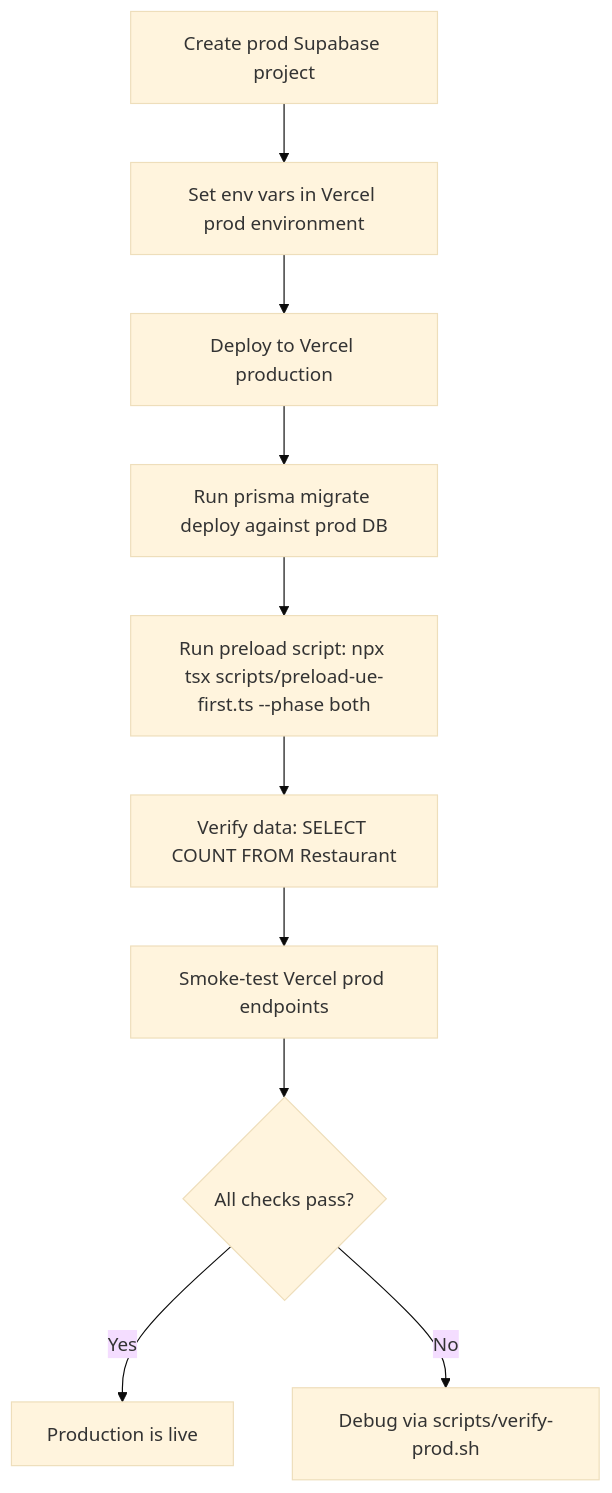
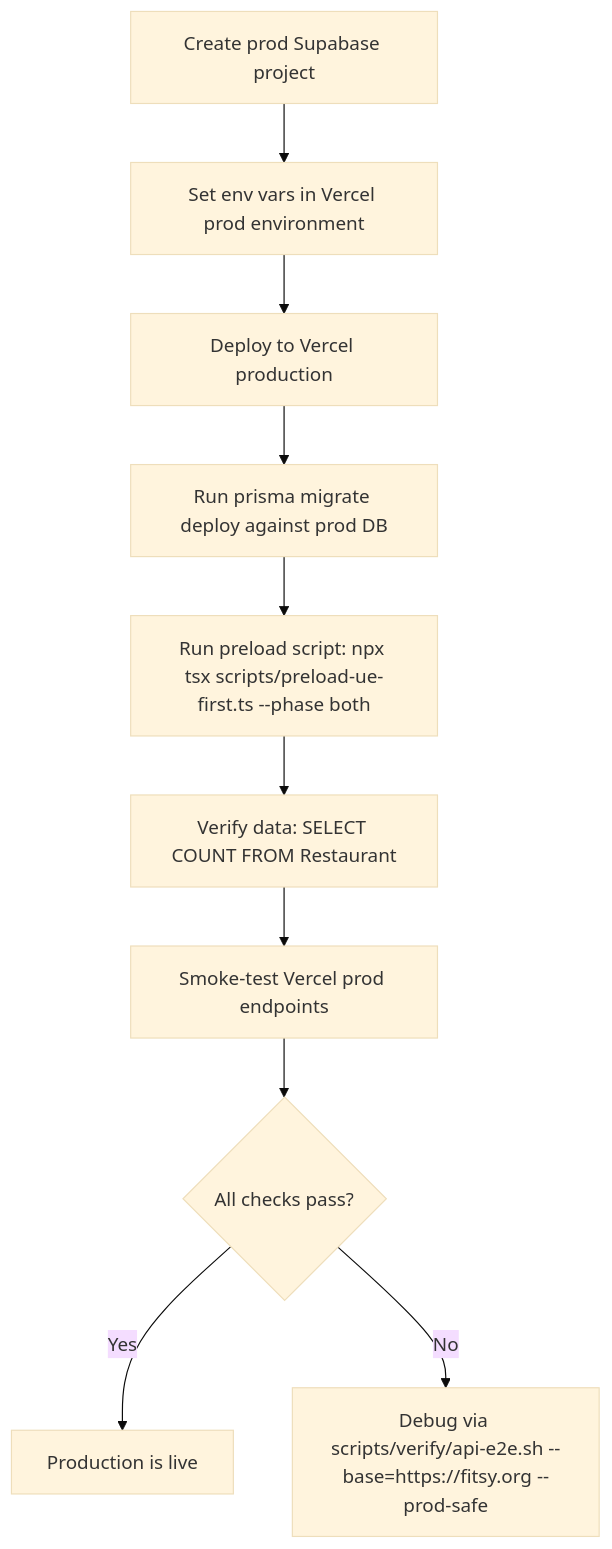
One commit to dgmolla/fitsy changed the diagram in docs/engineering/devops/production-deployment.md. Above: the diagram before and after it, drawn with Mermaid (base theme). The commit also changed other lines of this file and 10 other files, not shown here.

````diff
--- a/docs/engineering/devops/production-deployment.md
+++ b/docs/engineering/devops/production-deployment.md
@@ -30,12 +30,12 @@
 ```mermaid
 flowchart TD
     A[Create prod Supabase project] --> B[Set env vars in Vercel prod environment]
     B --> C[Deploy to Vercel production]
     C --> D[Run prisma migrate deploy against prod DB]
     D --> E[Run preload script: npx tsx scripts/preload-ue-first.ts --phase both]
     E --> F[Verify data: SELECT COUNT FROM Restaurant]
     F --> G[Smoke-test Vercel prod endpoints]
     G --> H{All checks pass?}
     H -- Yes --> I[Production is live]
-    H -- No --> J[Debug via scripts/verify-prod.sh]
+    H -- No --> J[Debug via scripts/verify/api-e2e.sh --base=https://fitsy.org --prod-safe]
 ```
````
